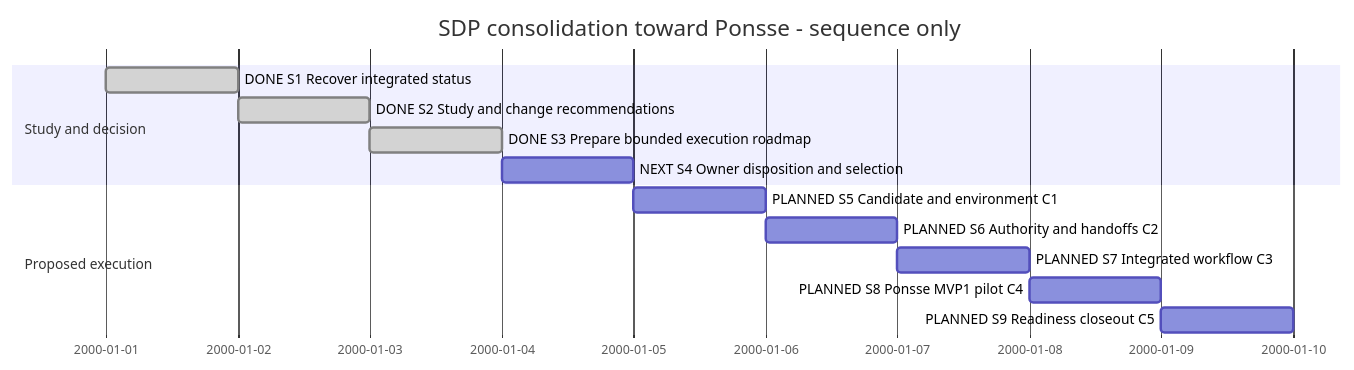
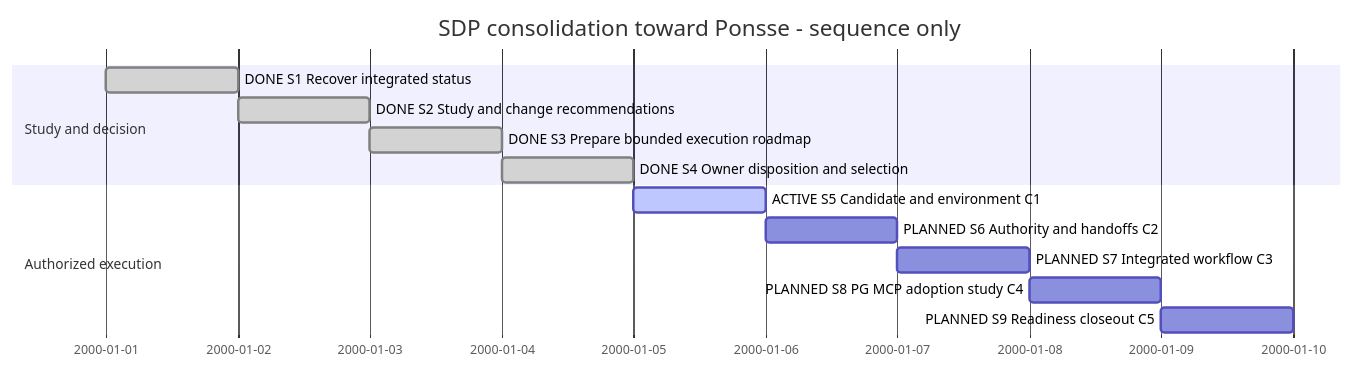
One commit to Hans-Einar/SDP changed the diagram in SDP/Sessions/session-#0013--SDP_consolidation_and_Ponsse_readiness.md. Above: the diagram before and after it, drawn with Mermaid. The commit also changed other lines of this file and 7 other files, not shown here.

Commit message:
WR1-M3/WR2: select consolidation execution and PG MCP adoption study

````diff
--- a/SDP/Sessions/session-#0013--SDP_consolidation_and_Ponsse_readiness.md
+++ b/SDP/Sessions/session-#0013--SDP_consolidation_and_Ponsse_readiness.md
@@ -9,16 +9,16 @@
 ```mermaid
 gantt
     title SDP consolidation toward Ponsse - sequence only
     dateFormat YYYY-MM-DD
     section Study and decision
     DONE S1 Recover integrated status :done,s1,2000-01-01,1d
     DONE S2 Study and change recommendations :done,s2,after s1,1d
     DONE S3 Prepare bounded execution roadmap :done,s3,after s2,1d
-    NEXT S4 Owner disposition and selection :s4,after s3,1d
-    section Proposed execution
-    PLANNED S5 Candidate and environment C1 :s5,after s4,1d
+    DONE S4 Owner disposition and selection :done,s4,after s3,1d
+    section Authorized execution
+    ACTIVE S5 Candidate and environment C1 :active,s5,after s4,1d
     PLANNED S6 Authority and handoffs C2 :s6,after s5,1d
     PLANNED S7 Integrated workflow C3 :s7,after s6,1d
-    PLANNED S8 Ponsse MVP1 pilot C4 :s8,after s7,1d
+    PLANNED S8 PG MCP adoption study C4 :s8,after s7,1d
     PLANNED S9 Readiness closeout C5 :s9,after s8,1d
 ```
````
